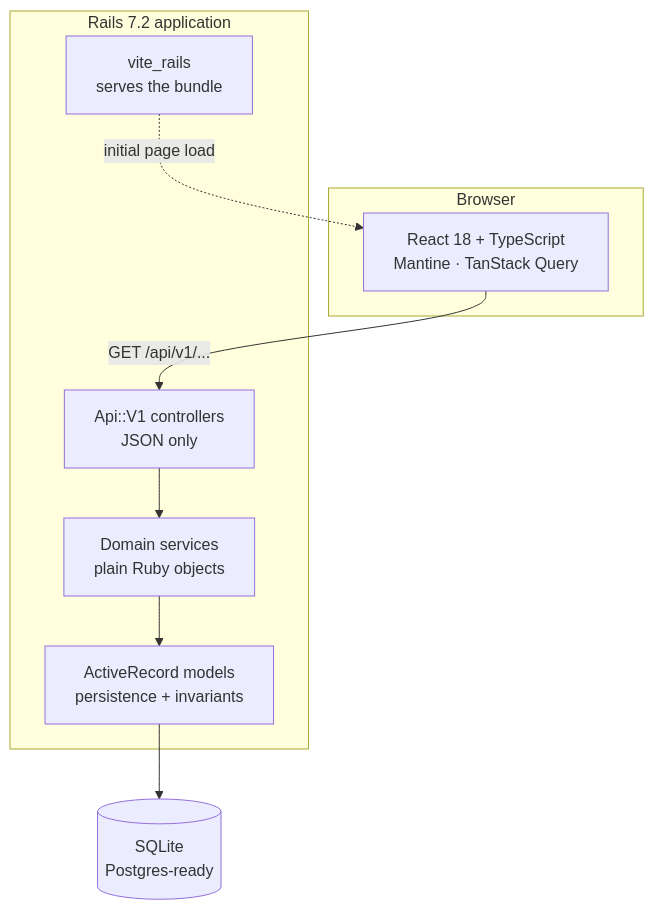
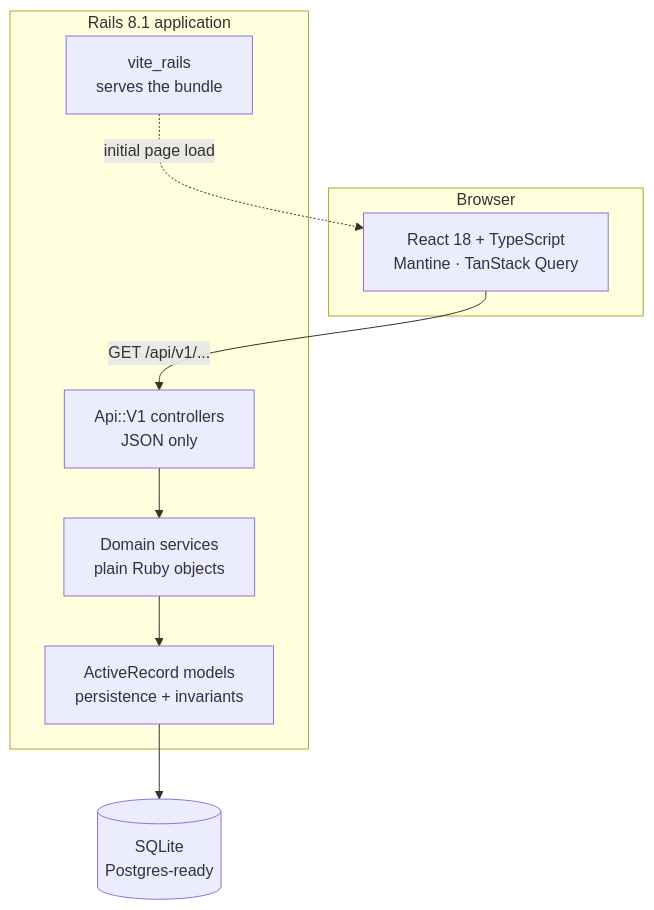
One commit to swapnil196/incubyte-salary-management changed the first of 3 diagrams in docs/ARCHITECTURE.md. Above: the diagram before and after it, drawn with Mermaid. The commit also changed other lines of this file and 87 other files, not shown here.

````diff
--- a/docs/ARCHITECTURE.md
+++ b/docs/ARCHITECTURE.md
@@ -8,21 +8,21 @@
 ```mermaid
 flowchart TB
     subgraph browser["Browser"]
         react["React 18 + TypeScript<br/>Mantine · TanStack Query"]
     end
 
-    subgraph rails["Rails 7.2 application"]
+    subgraph rails["Rails 8.1 application"]
         vite["vite_rails<br/>serves the bundle"]
         api["Api::V1 controllers<br/>JSON only"]
         services["Domain services<br/>plain Ruby objects"]
         models["ActiveRecord models<br/>persistence + invariants"]
     end
 
     db[("SQLite<br/>Postgres-ready")]
 
     react -->|"GET /api/v1/..."| api
     vite -.->|"initial page load"| react
     api --> services
     services --> models
     models --> db
 ```
````
